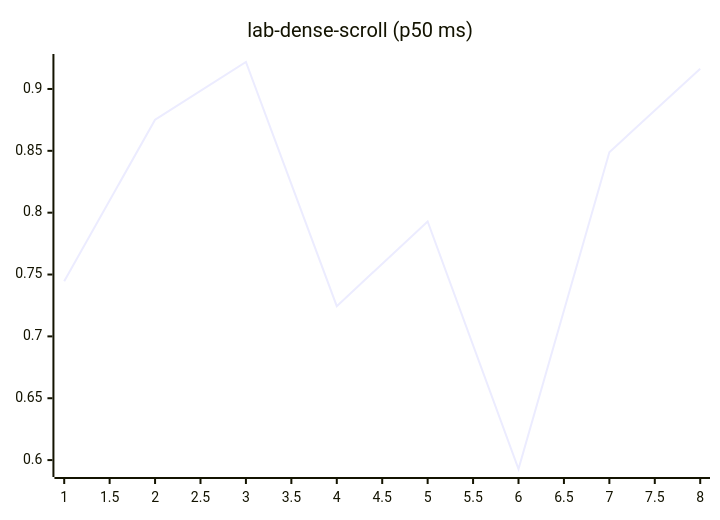
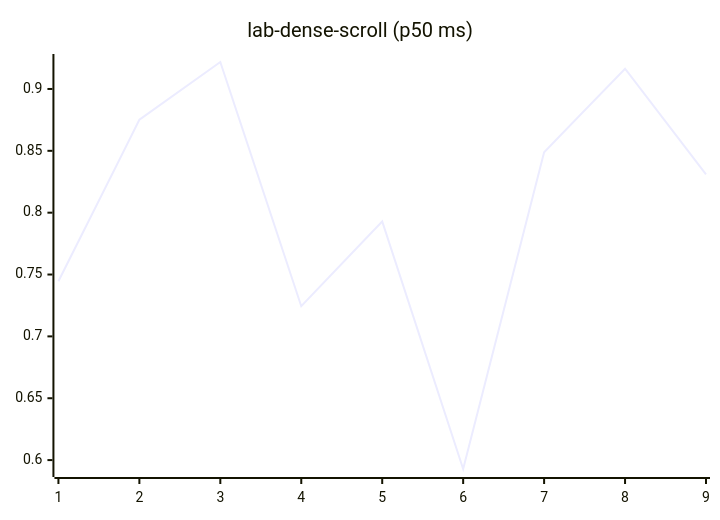
Before and after one commit to josha/Facet: diagram 12 of 27 in README.md, drawn with Mermaid. The commit also changed other lines of this file and 2 other files, not shown here.

````diff
--- a/README.md
+++ b/README.md
@@ -140,6 +140,6 @@
 ```mermaid
 xychart-beta
     title "lab-dense-scroll (p50 ms)"
-    x-axis 1 --> 8
-    line [0.7446, 0.8751, 0.9218, 0.7244, 0.7929, 0.5928, 0.8489, 0.9164]
+    x-axis 1 --> 9
+    line [0.7446, 0.8751, 0.9218, 0.7244, 0.7929, 0.5928, 0.8489, 0.9164, 0.8310]
 ```
````
